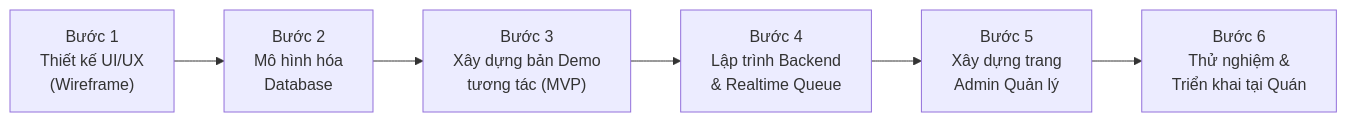
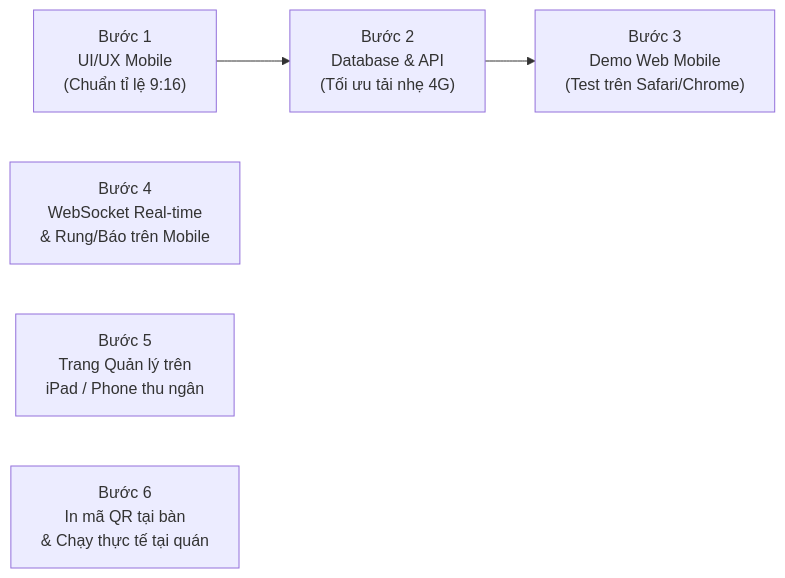
Before and after one commit to tuantuhuynh2007-boop/StoreDesignThinking: the second of 2 diagrams in TAI_LIEU_DAC_TA_HE_THONG.md, drawn with Mermaid. The commit also changed other lines of this file, not shown here.

Commit message:
Update docs: Chuyen doi toan dien sang Mobile-First PWA

````diff
--- a/TAI_LIEU_DAC_TA_HE_THONG.md
+++ b/TAI_LIEU_DAC_TA_HE_THONG.md
@@ -37,8 +59,8 @@
 ```mermaid
 flowchart LR
-    B1["Bước 1<br/>Thiết kế UI/UX<br/>(Wireframe)"] --> B2["Bước 2<br/>Mô hình hóa<br/>Database"]
-    B2 --> B3["Bước 3<br/>Xây dựng bản Demo<br/>tương tác (MVP)"]
-    B3 --> B4["Bước 4<br/>Lập trình Backend<br/>& Realtime Queue"]
-    B4 --> B5["Bước 5<br/>Xây dựng trang<br/>Admin Quản lý"]
-    B5 --> B6["Bước 6<br/>Thử nghiệm &<br/>Triển khai tại Quán"]
+    B1["Bước 1<br/>UI/UX Mobile<br/>(Chuẩn tỉ lệ 9:16)"] --> B2["Bước 2<br/>Database & API<br/>(Tối ưu tải nhẹ 4G)"]
+    B2 --> B3["Bước 3<br/>Demo Web Mobile<br/>(Test trên Safari/Chrome)"]
+    B4["Bước 4<br/>WebSocket Real-time<br/>& Rung/Báo trên Mobile"]
+    B5["Bước 5<br/>Trang Quản lý trên<br/>iPad / Phone thu ngân"]
+    B6["Bước 6<br/>In mã QR tại bàn<br/>& Chạy thực tế tại quán"]
 ```
````
